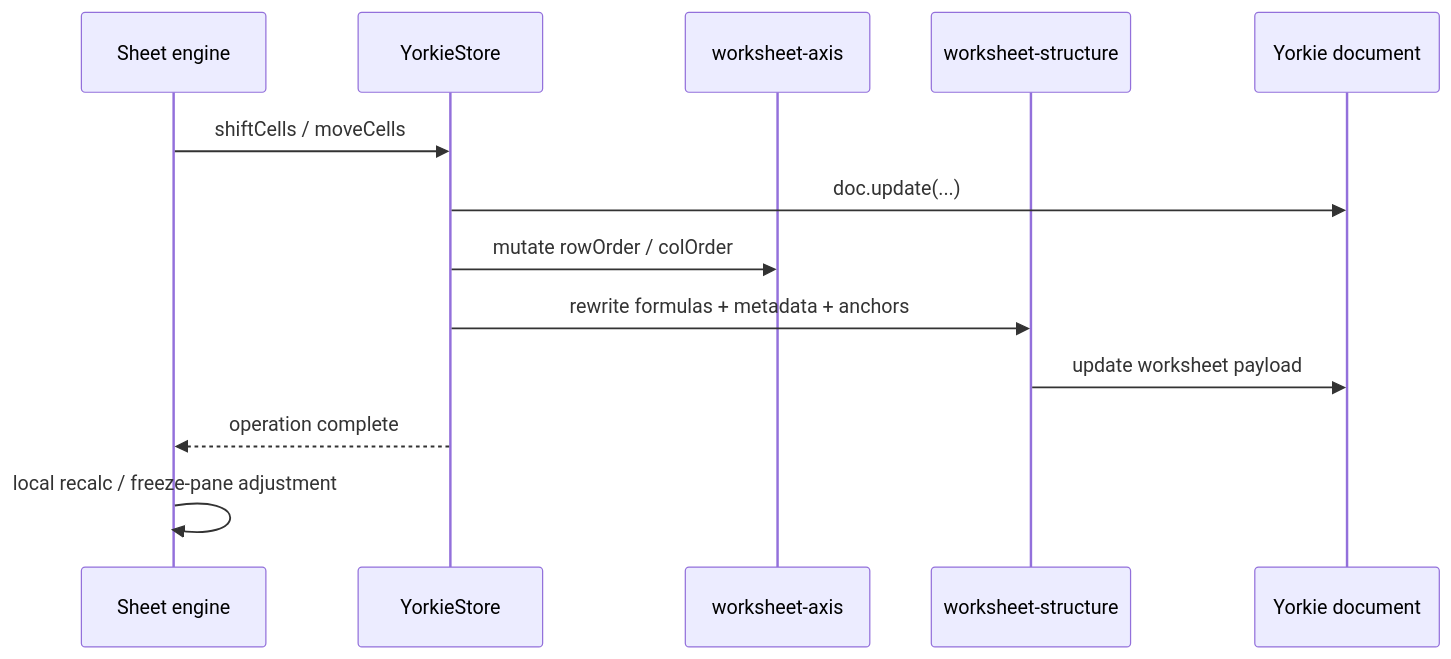
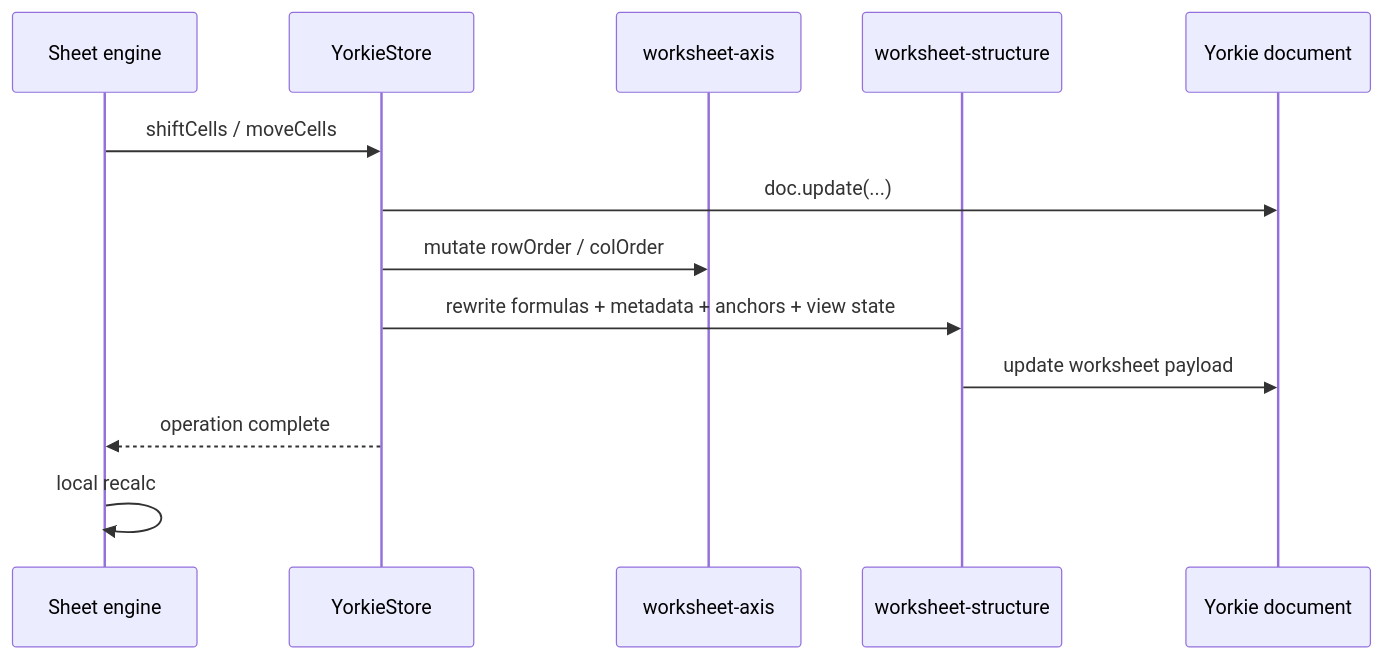
The second of 2 diagrams in docs/design/sheets/collaboration.md (wafflebase/wafflebase), drawn with Mermaid before and after one commit. The commit also changed other lines of this file and 15 other files, not shown here.

````diff
--- a/docs/design/sheets/collaboration.md
+++ b/docs/design/sheets/collaboration.md
@@ -162,16 +162,16 @@
 ```mermaid
 sequenceDiagram
     participant Sheet as Sheet engine
     participant Store as YorkieStore
     participant Axis as worksheet-axis
     participant Struct as worksheet-structure
     participant Doc as Yorkie document
 
     Sheet->>Store: shiftCells / moveCells
     Store->>Doc: doc.update(...)
     Store->>Axis: mutate rowOrder / colOrder
-    Store->>Struct: rewrite formulas + metadata + anchors
+    Store->>Struct: rewrite formulas + metadata + anchors + view state
     Struct->>Doc: update worksheet payload
     Store-->>Sheet: operation complete
-    Sheet->>Sheet: local recalc / freeze-pane adjustment
+    Sheet->>Sheet: local recalc
 ```
````
